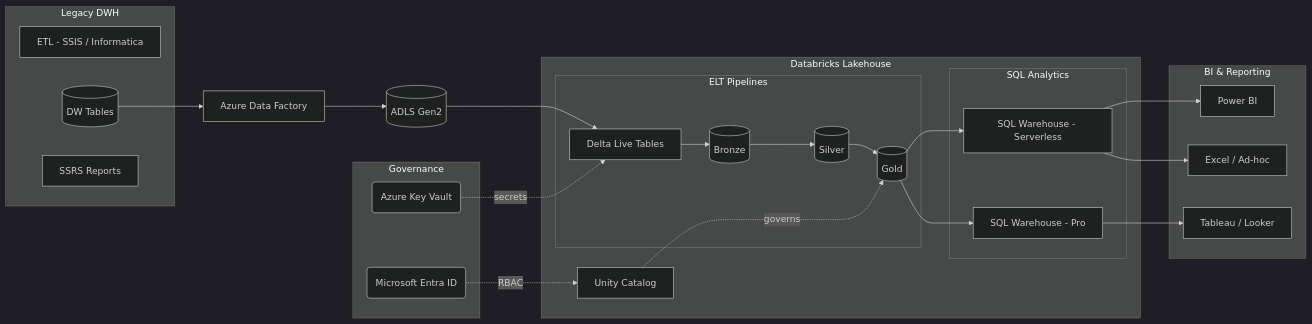
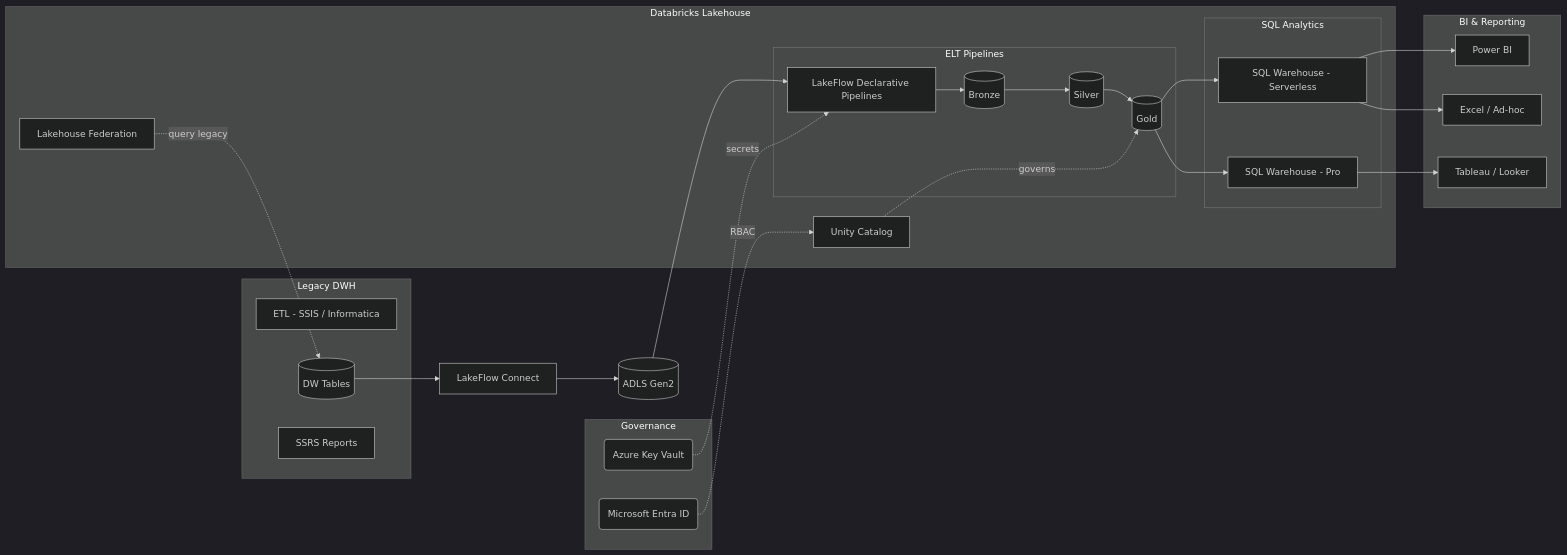
One commit to HaoZhang615/ads-copilot changed the sixth of 9 diagrams in .github/skills/databricks-ads-session/databricks-ads-session/references/databricks-patterns.md. Above: the diagram before and after it, drawn with Mermaid (dark theme). The commit also changed other lines of this file and 23 other files, not shown here.

Commit message:
flow improvement and updates after extensive web search effort and reasoning

````diff
--- a/.github/skills/databricks-ads-session/databricks-ads-session/references/databricks-patterns.md
+++ b/.github/skills/databricks-ads-session/databricks-ads-session/references/databricks-patterns.md
@@ -334,44 +350,46 @@
 ```mermaid
 flowchart LR
   subgraph LEGACY["Legacy DWH"]
     ETL[ETL - SSIS / Informatica]
     DW_TABLES[(DW Tables)]
     SSRS[SSRS Reports]
   end
 
-  ADF[Azure Data Factory]
+  LFC[LakeFlow Connect]
   ADLS[(ADLS Gen2)]
 
   subgraph DBX["Databricks Lakehouse"]
     subgraph ELT["ELT Pipelines"]
-      DLT[Delta Live Tables]
+      LDP[LakeFlow Declarative Pipelines]
       BRONZE[(Bronze)]
       SILVER[(Silver)]
       GOLD[(Gold)]
     end
     UC[Unity Catalog]
+    FEDERATION[Lakehouse Federation]
     subgraph SQLA["SQL Analytics"]
       SQLWH[SQL Warehouse - Serverless]
       SQLWH_PRO[SQL Warehouse - Pro]
     end
   end
 
   subgraph GOV["Governance"]
     KV(Azure Key Vault)
     ENTRA(Microsoft Entra ID)
   end
 
   subgraph BI["BI & Reporting"]
     PBI[Power BI]
     EXCEL[Excel / Ad-hoc]
     TABLEAU[Tableau / Looker]
   end
 
-  DW_TABLES --> ADF --> ADLS --> DLT
-  DLT --> BRONZE --> SILVER --> GOLD
+  DW_TABLES --> LFC --> ADLS --> LDP
+  LDP --> BRONZE --> SILVER --> GOLD
   UC -.->|governs| GOLD
+  FEDERATION -.->|query legacy| DW_TABLES
   GOLD --> SQLWH --> PBI & EXCEL
   GOLD --> SQLWH_PRO --> TABLEAU
-  KV -.->|secrets| DLT
+  KV -.->|secrets| LDP
   ENTRA -.->|RBAC| UC
 ```
````
